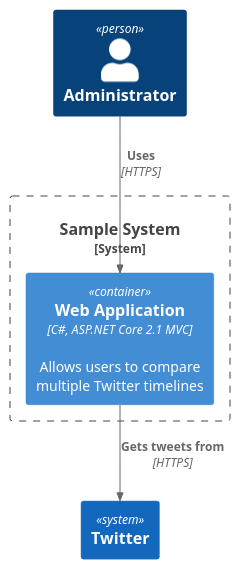
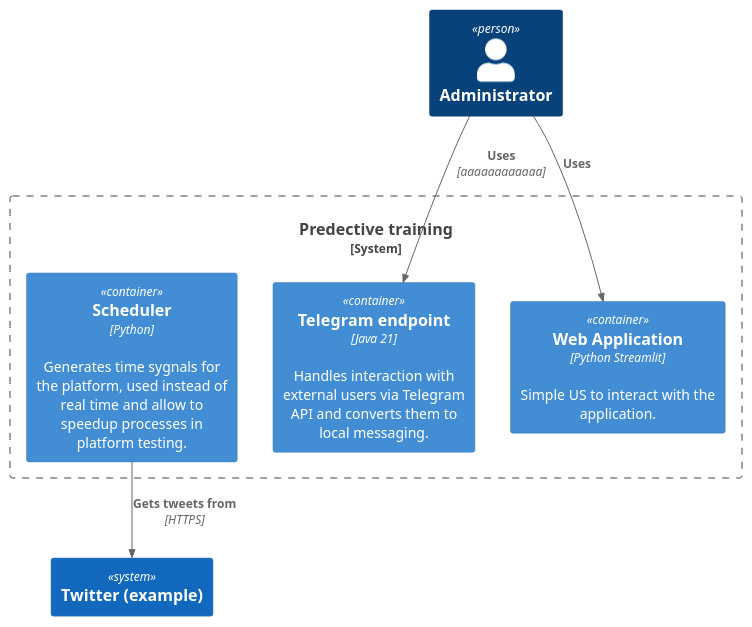
Before and after one commit to onlexnet/investpulse.net: the diagram in diagram.puml, drawn with PlantUML. The commit also changed other lines of this file and 43 other files, not shown here.

```diff
--- a/diagram.puml
+++ b/diagram.puml
@@ -1,12 +4,21 @@
 @startuml Basic Sample
 !include https://raw.githubusercontent.com/plantuml-stdlib/C4-PlantUML/master/C4_Container.puml
 
 Person(admin, "Administrator")
-System_Boundary(c1, "Sample System") {
-    Container(web_app, "Web Application", "C#, ASP.NET Core 2.1 MVC", "Allows users to compare multiple Twitter timelines")
+
+System_Boundary(c1, "Predective training") {
+
+    Container(edge_telegram, "Telegram endpoint", "Java 21", "Handles interaction with external users via Telegram API and converts them to local messaging.")
+
+    Container(edge_webapp, "Web Application", "Python Streamlit", "Simple US to interact with the application.")
+
+    Container(web_app, "Scheduler", "Python", "Generates time sygnals for the platform, used instead of real time and allow to speedup processes in platform testing.")
 }
-System(twitter, "Twitter")
 
-Rel(admin, web_app, "Uses", "HTTPS")
+System(twitter, "Twitter (example)")
+
+Rel(admin, edge_telegram, "Uses", "aaaaaaaaaaaa")
+Rel(admin, edge_webapp, "Uses")
+
 Rel(web_app, twitter, "Gets tweets from", "HTTPS")
 @enduml
```
